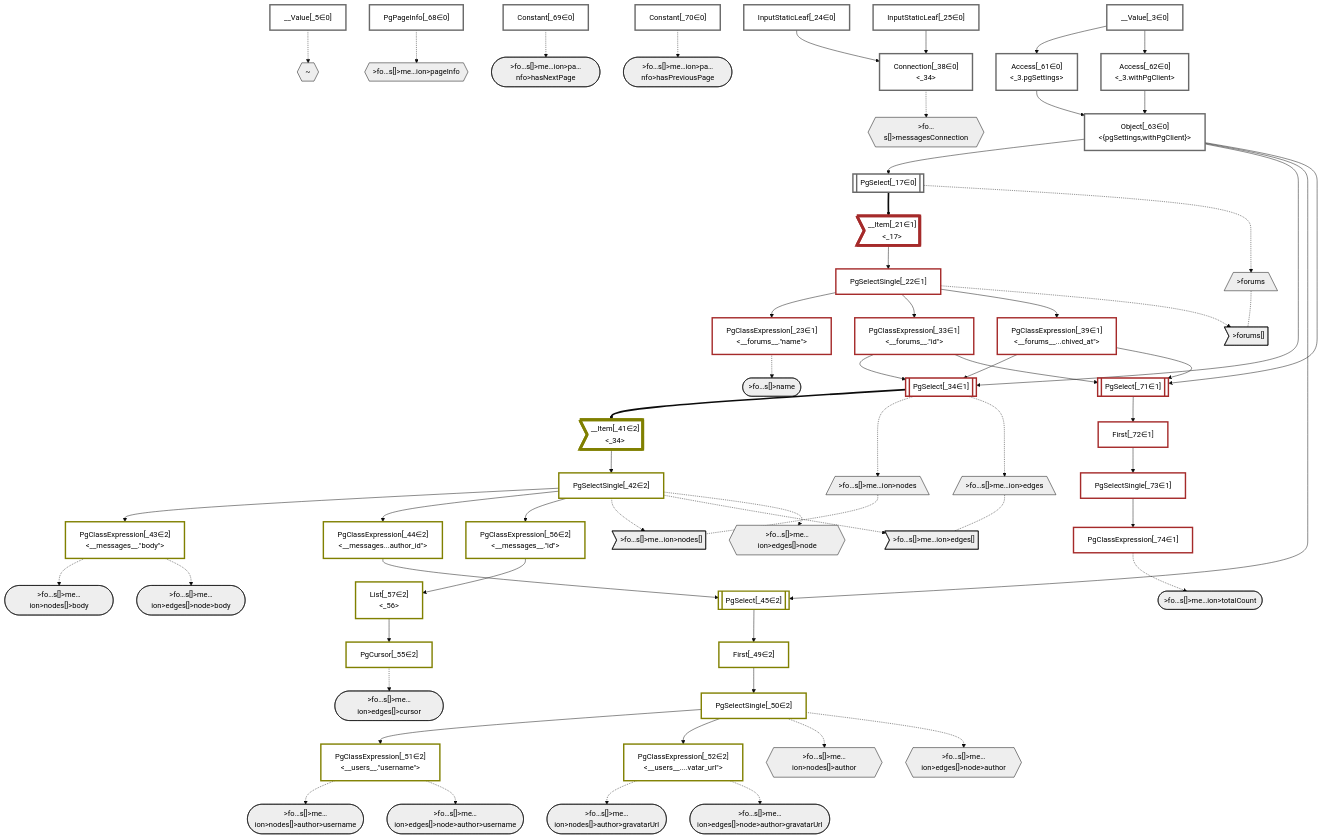
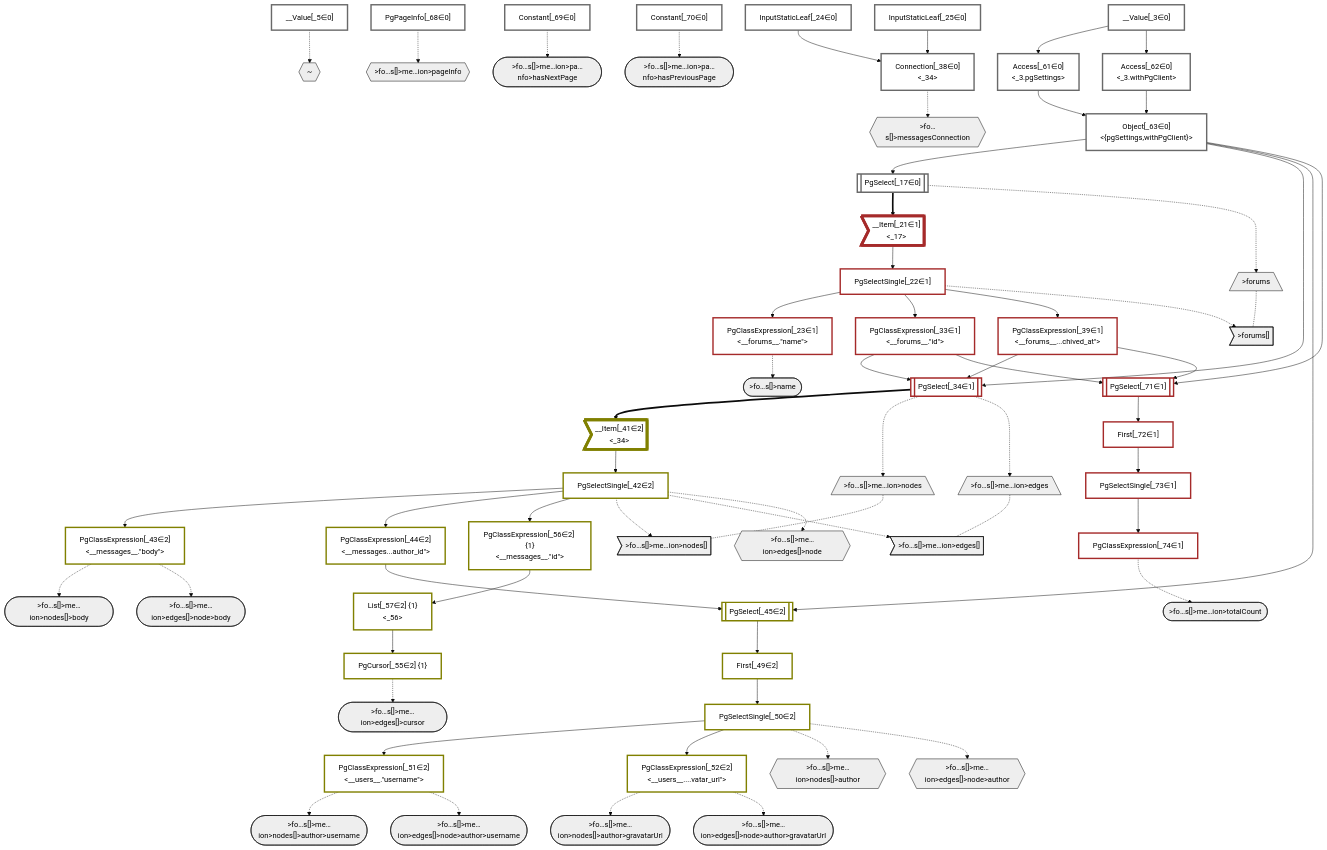
Before and after one commit to graphile/crystal: the diagram in packages/dataplan-pg/__tests__/queries/conditions/archived-forum-inherited-messages.defer-5.deopt.mermaid.md, drawn with Mermaid (base theme). The commit also changed 46 other files, not shown here.

Commit message:
Add groupIds to plan graphs

```diff
--- a/packages/dataplan-pg/__tests__/queries/conditions/archived-forum-inherited-messages.defer-5.deopt.mermaid.md
+++ b/packages/dataplan-pg/__tests__/queries/conditions/archived-forum-inherited-messages.defer-5.deopt.mermaid.md
@@ -75,9 +75,9 @@
     PgSelectSingle_50["PgSelectSingle[_50∈2]<br /><users>"]:::plan
     PgClassExpression_51["PgClassExpression[_51∈2]<br /><__users__.#quot;username#quot;>"]:::plan
     PgClassExpression_52["PgClassExpression[_52∈2]<br /><__users__....vatar_url#quot;>"]:::plan
-    PgCursor_55["PgCursor[_55∈2]"]:::plan
-    PgClassExpression_56["PgClassExpression[_56∈2]<br /><__messages__.#quot;id#quot;>"]:::plan
-    List_57["List[_57∈2]<br /><_56>"]:::plan
+    PgCursor_55["PgCursor[_55∈2] {1}"]:::plan
+    PgClassExpression_56["PgClassExpression[_56∈2] {1}<br /><__messages__.#quot;id#quot;>"]:::plan
+    List_57["List[_57∈2] {1}<br /><_56>"]:::plan
     Access_61["Access[_61∈0]<br /><_3.pgSettings>"]:::plan
     Access_62["Access[_62∈0]<br /><_3.withPgClient>"]:::plan
     Object_63["Object[_63∈0]<br /><{pgSettings,withPgClient}>"]:::plan
```
